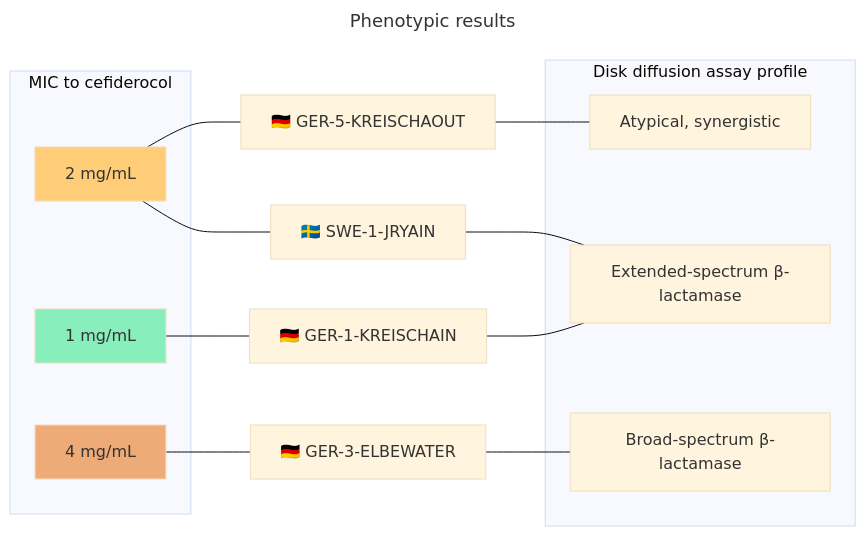
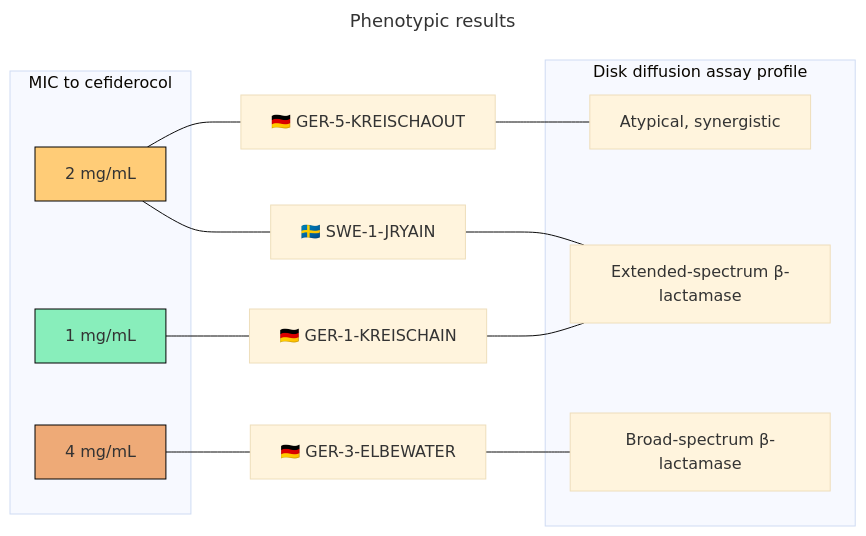
One commit to RemiGSC/Mgf_FDC changed the second of 2 diagrams in README.md. Above: the diagram before and after it, drawn with Mermaid (base theme). The commit also changed other lines of this file, not shown here.

````diff
--- a/README.md
+++ b/README.md
@@ -45,27 +50,27 @@
 ```mermaid
 ---
 title: Phenotypic results
 ---
 flowchart LR
 		subgraph DDA [Disk diffusion assay profile]
 			ESBL[Extended-spectrum β-lactamase]
 			Broad-spectrum[Broad-spectrum β-lactamase]
 			Atyp[Atypical, synergistic]
 		end
 
 		subgraph MIC [MIC to cefiderocol]
 			Two[2 mg/mL]
 			One[1 mg/mL]
 			Four[4 mg/mL]
 		end
 
 Two[2 mg/mL] --- C1[🇸🇪 SWE-1-JRYAIN] --- ESBL[Extended-spectrum β-lactamase]
 One[1 mg/mL] --- C3a[🇩🇪 GER-1-KREISCHAIN] --- ESBL
 Four[4 mg/mL] --- C3b[🇩🇪 GER-3-ELBEWATER] --- Broad-spectrum[Broad-spectrum β-lactamase]
 Two ---C3c[🇩🇪 GER-5-KREISCHAOUT] --- Atyp[Atypical, synergistic]
 
-style One fill:#8eb
-style Two fill:#fc7
-style Four fill:#ea7
+style One stroke:#000,fill:#8eb
+style Two stroke:#000,fill:#fc7
+style Four stroke:#000,fill:#ea7
 
 ```
````
